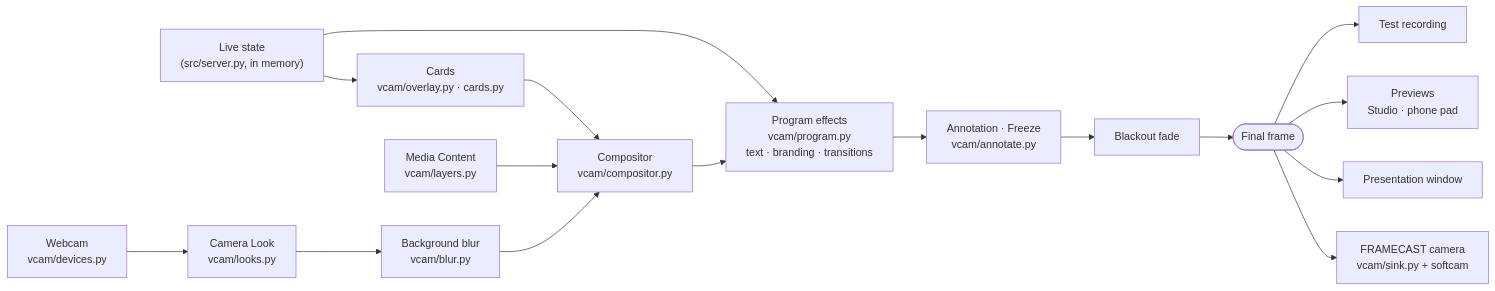
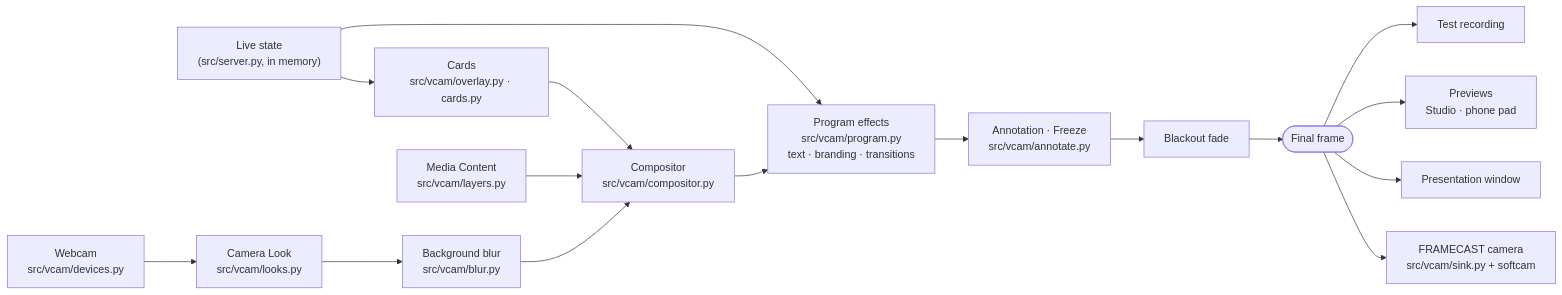
One commit to mshobin/FrameDecks changed the third of 8 diagrams in docs/ARCHITECTURE.md. Above: the diagram before and after it, drawn with Mermaid. The commit also changed other lines of this file and 57 other files, not shown here.

````diff
--- a/docs/ARCHITECTURE.md
+++ b/docs/ARCHITECTURE.md
@@ -101,15 +101,15 @@
 ```mermaid
 flowchart LR
-  ST["Live state<br/>(src/server.py, in memory)"] --> OV["Cards<br/>vcam/overlay.py · cards.py"]
-  ST --> PF["Program effects<br/>vcam/program.py<br/>text · branding · transitions"]
-  CAM["Webcam<br/>vcam/devices.py"] --> LK["Camera Look<br/>vcam/looks.py"] --> BL["Background blur<br/>vcam/blur.py"]
-  BL --> CMP["Compositor<br/>vcam/compositor.py"]
-  MED["Media Content<br/>vcam/layers.py"] --> CMP
+  ST["Live state<br/>(src/server.py, in memory)"] --> OV["Cards<br/>src/vcam/overlay.py · cards.py"]
+  ST --> PF["Program effects<br/>src/vcam/program.py<br/>text · branding · transitions"]
+  CAM["Webcam<br/>src/vcam/devices.py"] --> LK["Camera Look<br/>src/vcam/looks.py"] --> BL["Background blur<br/>src/vcam/blur.py"]
+  BL --> CMP["Compositor<br/>src/vcam/compositor.py"]
+  MED["Media Content<br/>src/vcam/layers.py"] --> CMP
   OV --> CMP
-  CMP --> PF --> INK["Annotation · Freeze<br/>vcam/annotate.py"] --> BLK["Blackout fade"]
+  CMP --> PF --> INK["Annotation · Freeze<br/>src/vcam/annotate.py"] --> BLK["Blackout fade"]
   BLK --> FINAL(["Final frame"])
-  FINAL --> SINK["FRAMECAST camera<br/>vcam/sink.py + softcam"]
+  FINAL --> SINK["FRAMECAST camera<br/>src/vcam/sink.py + softcam"]
   FINAL --> PW["Presentation window"]
   FINAL --> PV["Previews<br/>Studio · phone pad"]
   FINAL --> REC["Test recording"]
 ```
````
